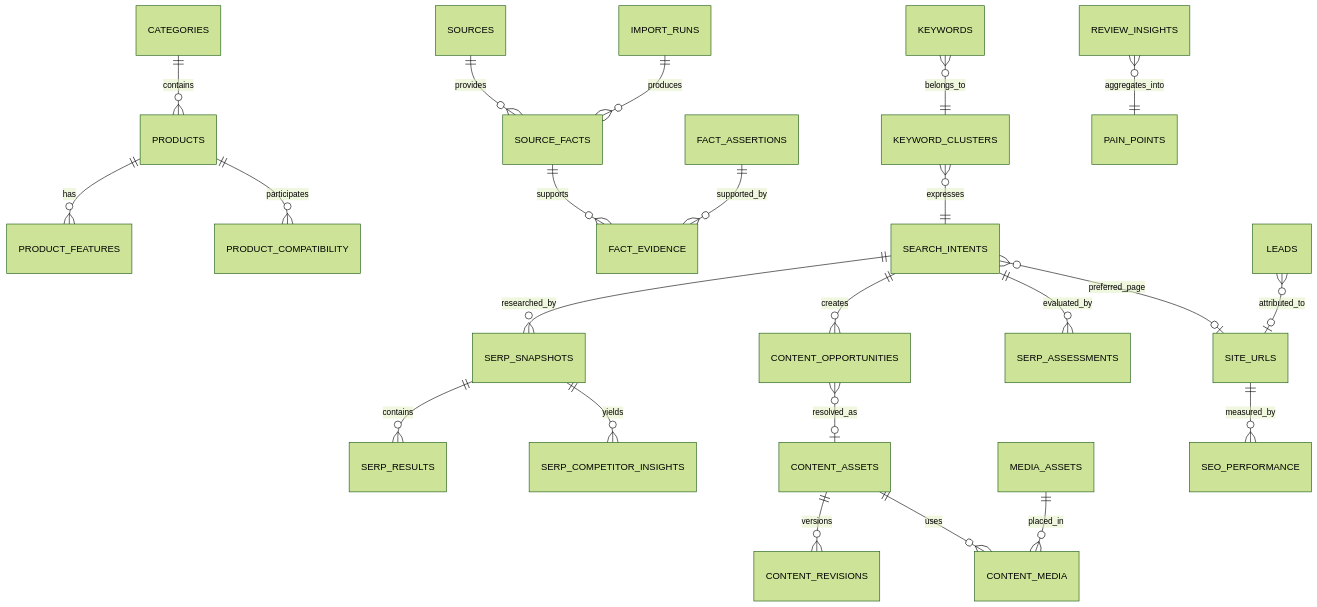
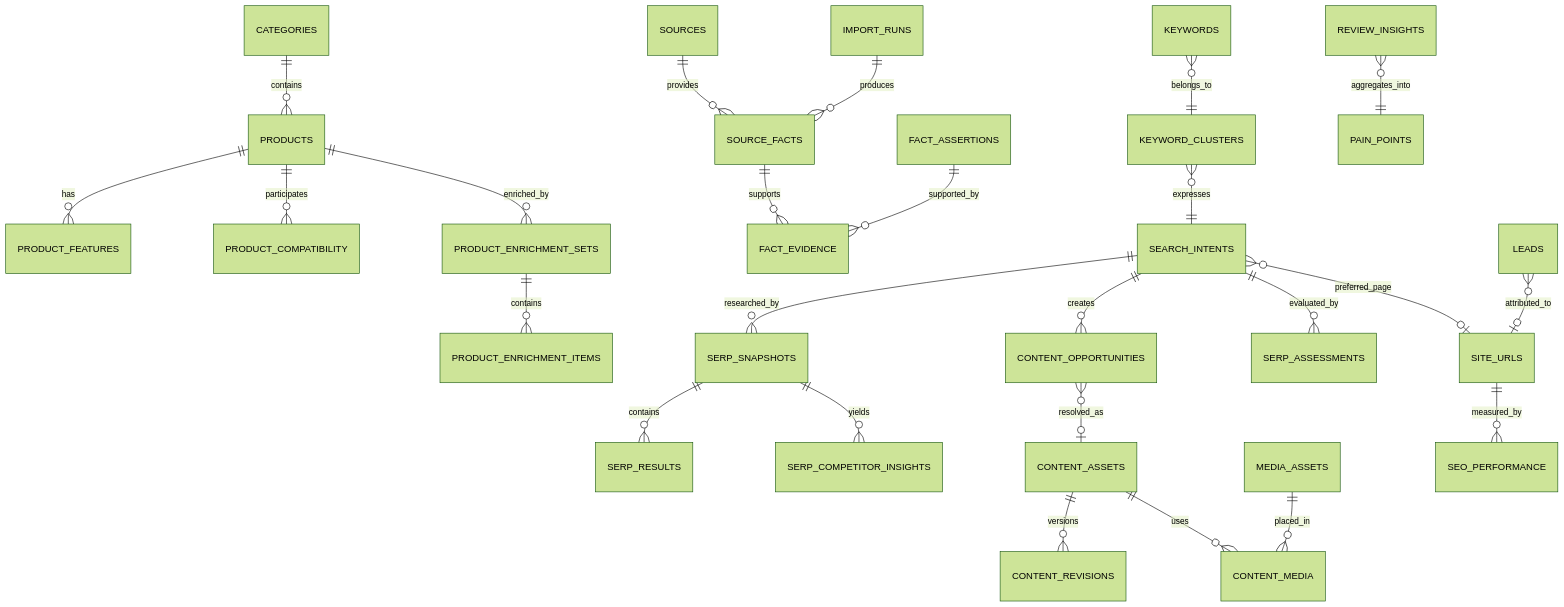
Before and after one commit to Saveleei/SEO_7TOOL: the diagram in 7tool-source/docs/data-architecture.md, drawn with Mermaid (forest theme). The commit also changed other lines of this file and 14 other files, not shown here.

Commit message:
feat: add product enrichment engine

````diff
--- a/7tool-source/docs/data-architecture.md
+++ b/7tool-source/docs/data-architecture.md
@@ -67,25 +67,27 @@
 ```mermaid
 erDiagram
   PRODUCTS ||--o{ PRODUCT_FEATURES : has
   PRODUCTS ||--o{ PRODUCT_COMPATIBILITY : participates
+  PRODUCTS ||--o{ PRODUCT_ENRICHMENT_SETS : enriched_by
+  PRODUCT_ENRICHMENT_SETS ||--o{ PRODUCT_ENRICHMENT_ITEMS : contains
   CATEGORIES ||--o{ PRODUCTS : contains
   SOURCES ||--o{ SOURCE_FACTS : provides
   IMPORT_RUNS ||--o{ SOURCE_FACTS : produces
   SOURCE_FACTS ||--o{ FACT_EVIDENCE : supports
   FACT_ASSERTIONS ||--o{ FACT_EVIDENCE : supported_by
   KEYWORDS }o--|| KEYWORD_CLUSTERS : belongs_to
   KEYWORD_CLUSTERS }o--|| SEARCH_INTENTS : expresses
   SEARCH_INTENTS }o--o| SITE_URLS : preferred_page
   SEARCH_INTENTS ||--o{ SERP_SNAPSHOTS : researched_by
   SERP_SNAPSHOTS ||--o{ SERP_RESULTS : contains
   SERP_SNAPSHOTS ||--o{ SERP_COMPETITOR_INSIGHTS : yields
   SEARCH_INTENTS ||--o{ SERP_ASSESSMENTS : evaluated_by
   SEARCH_INTENTS ||--o{ CONTENT_OPPORTUNITIES : creates
   CONTENT_OPPORTUNITIES }o--o| CONTENT_ASSETS : resolved_as
   CONTENT_ASSETS ||--o{ CONTENT_REVISIONS : versions
   CONTENT_ASSETS ||--o{ CONTENT_MEDIA : uses
   MEDIA_ASSETS ||--o{ CONTENT_MEDIA : placed_in
   REVIEW_INSIGHTS }o--|| PAIN_POINTS : aggregates_into
   SITE_URLS ||--o{ SEO_PERFORMANCE : measured_by
   LEADS }o--o| SITE_URLS : attributed_to
 ```
````
